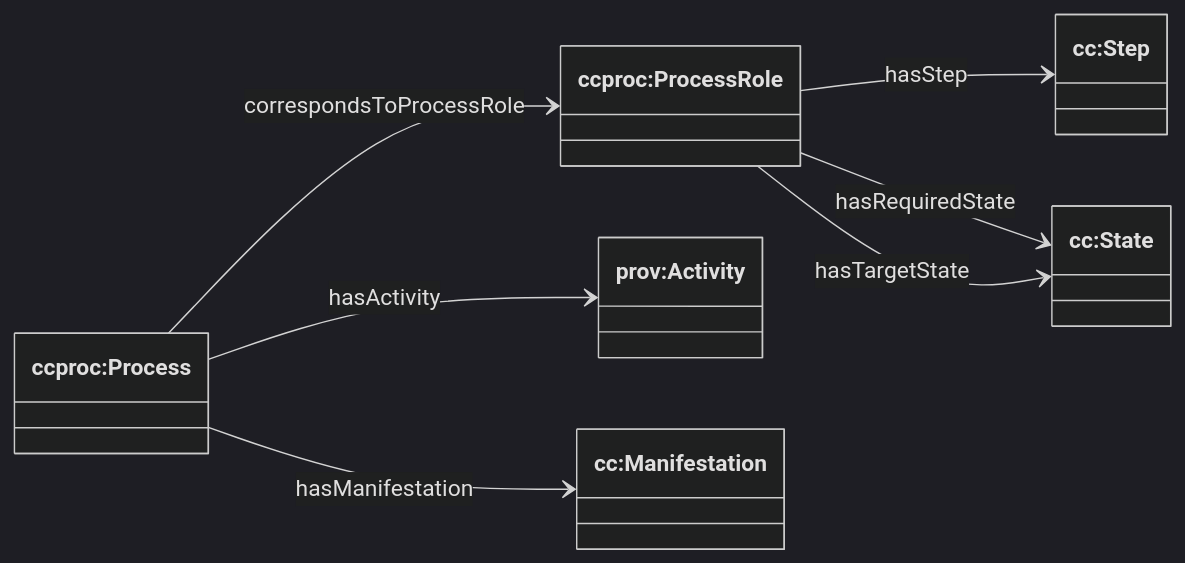
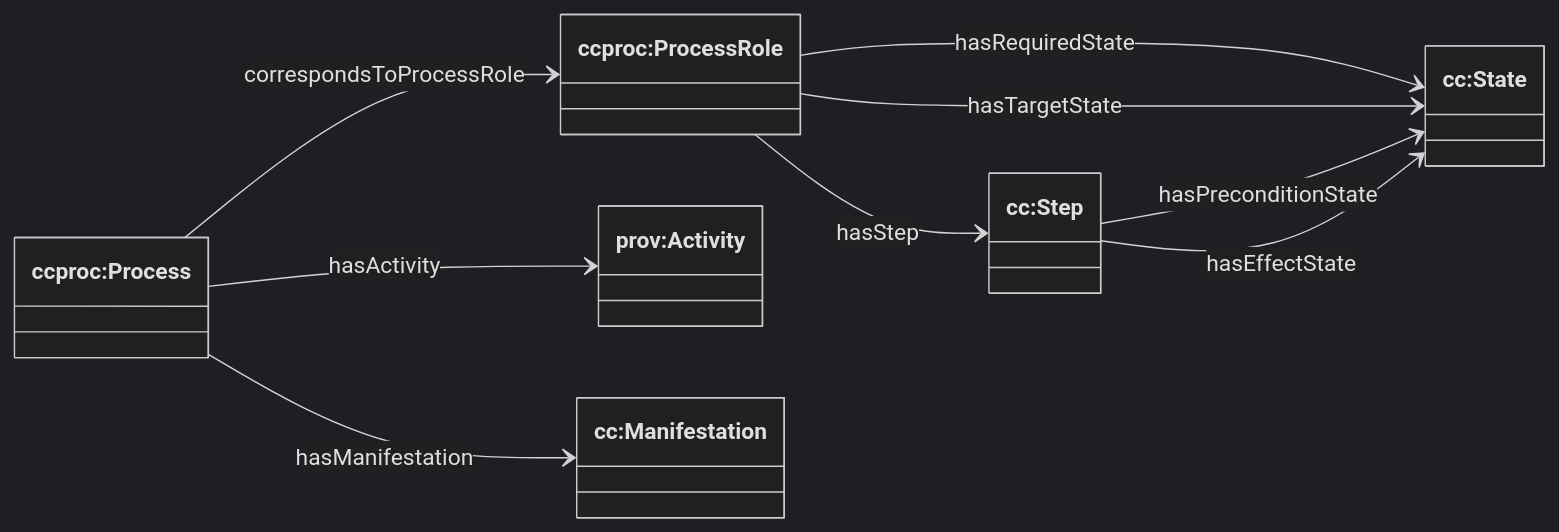
Before and after one commit to RichCanvas3/churchcore: the second of 2 diagrams in packages/churchcore-ontology/docs/ontology/process.md, drawn with Mermaid (dark theme). The commit also changed other lines of this file and 2 other files, not shown here.

````diff
--- a/packages/churchcore-ontology/docs/ontology/process.md
+++ b/packages/churchcore-ontology/docs/ontology/process.md
@@ -30,20 +30,23 @@
 ```mermaid
 classDiagram
 direction LR
 
 class ccproc_ProcessRole["ccproc:ProcessRole"]
 class ccproc_Process["ccproc:Process"]
 class cc_Step["cc:Step"]
 class cc_State["cc:State"]
 class prov_Activity["prov:Activity"]
 class cc_Manifestation["cc:Manifestation"]
 
 ccproc_Process --> ccproc_ProcessRole : correspondsToProcessRole
 
 ccproc_ProcessRole --> cc_Step : hasStep
 ccproc_ProcessRole --> cc_State : hasRequiredState
 ccproc_ProcessRole --> cc_State : hasTargetState
 
+cc_Step --> cc_State : hasPreconditionState
+cc_Step --> cc_State : hasEffectState
+
 ccproc_Process --> prov_Activity : hasActivity
 ccproc_Process --> cc_Manifestation : hasManifestation
 ```
````
